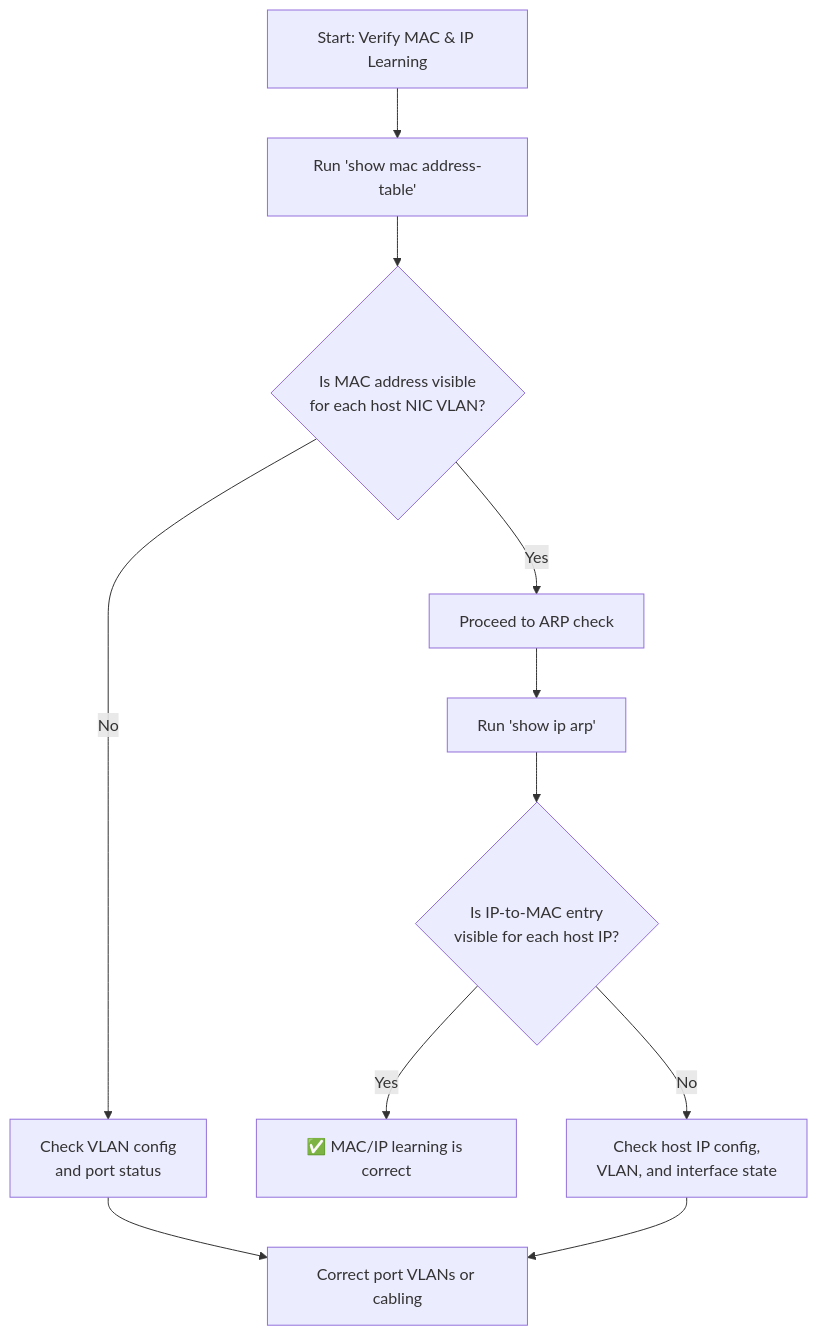
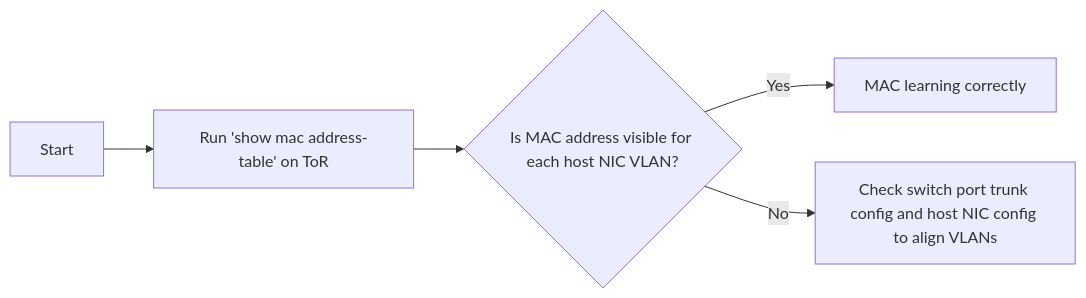
Before and after one commit to Azure/AzureLocal-Supportability: the third of 3 diagrams in TSG/Networking/Physical_Network_Overview_TSG.md, drawn with Mermaid. The commit also changed other lines of this file and 1 other file, not shown here.

````diff
--- a/TSG/Networking/Physical_Network_Overview_TSG.md
+++ b/TSG/Networking/Physical_Network_Overview_TSG.md
@@ -363,16 +362,7 @@
 ```mermaid
-flowchart TD
-    A[Start: Verify MAC & IP Learning] --> B[Run 'show mac address-table']
-    B --> B1{Is MAC address visible\nfor each host NIC VLAN?}
-    B1 -->|Yes| C[Proceed to ARP check]
-    B1 -->|No| E[Check VLAN config\nand port status]
-
-    C --> D[Run 'show ip arp']
-    D --> D1{Is IP-to-MAC entry\nvisible for each host IP?}
-    D1 -->|Yes| F[✅ MAC/IP learning is correct]
-    D1 -->|No| G[Check host IP config,\nVLAN, and interface state]
-
-    E --> H[Correct port VLANs or cabling]
-    G --> H
-
+flowchart LR
+    A[Start] --> B[Run 'show mac address-table' on ToR]
+    B --> B1{Is MAC address visible for each host NIC VLAN?}
+    B1 -->|Yes| C[MAC learning correctly]
+    B1 -->|No| D[Check switch port trunk config and host NIC config to align VLANs]
 ```
````
